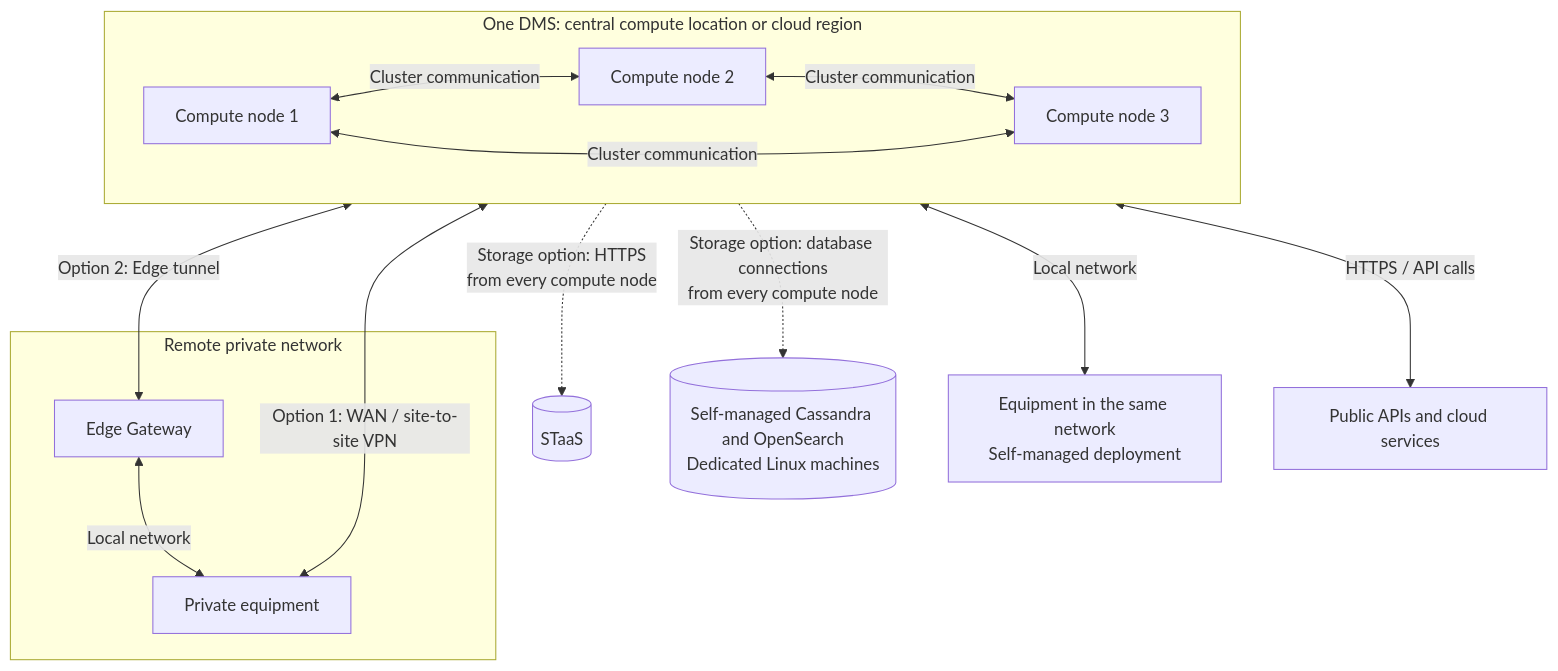
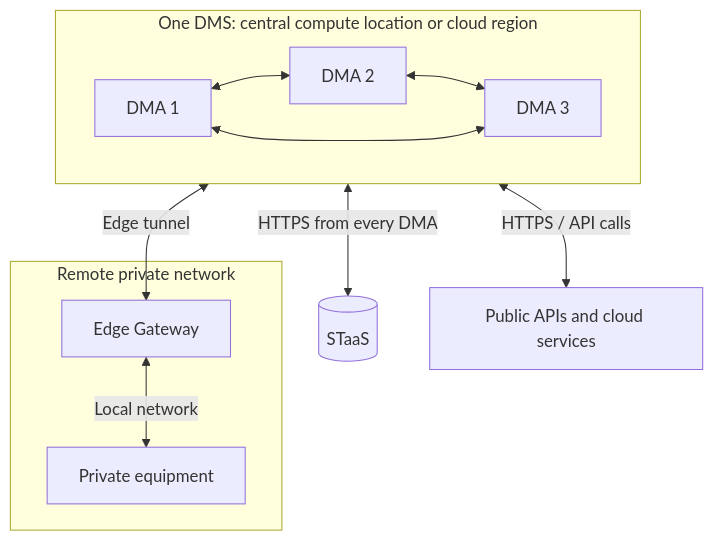
Before and after one commit to SkylineCommunications/dataminer-docs: the first of 2 diagrams in dataminer/About_DataMiner/System_architectures/Topologies/Architecture_centralized_cluster.md, drawn with Mermaid. The commit also changed other lines of this file and 6 other files, not shown here.

First line of the commit message:
Simplify DataMiner topology diagrams

````diff
--- a/dataminer/About_DataMiner/System_architectures/Topologies/Architecture_centralized_cluster.md
+++ b/dataminer/About_DataMiner/System_architectures/Topologies/Architecture_centralized_cluster.md
@@ -31,26 +35,21 @@
 ```mermaid
 flowchart TB
     subgraph DMS["One DMS: central compute location or cloud region"]
-        A["Compute node 1"]
-        B["Compute node 2"]
-        C["Compute node 3"]
-        A <-->|"Cluster communication"| B
-        B <-->|"Cluster communication"| C
-        A <-->|"Cluster communication"| C
+        A["DMA 1"]
+        B["DMA 2"]
+        C["DMA 3"]
+        A <--> B
+        B <--> C
+        A <--> C
     end
     S[("STaaS")]
-    DB[("Self-managed Cassandra and OpenSearch<br/>Dedicated Linux machines")]
-    Local["Equipment in the same network<br/>Self-managed deployment"]
     Public["Public APIs and cloud services"]
     subgraph Remote["Remote private network"]
         G["Edge Gateway"]
         E["Private equipment"]
     end
-    DMS -.->|"Storage option: HTTPS<br/>from every compute node"| S
-    DMS -.->|"Storage option: database connections<br/>from every compute node"| DB
-    DMS <-->|"Local network"| Local
+    DMS <-->|"HTTPS from every DMA"| S
     DMS <-->|"HTTPS / API calls"| Public
-    DMS <-->|"Option 1: WAN / site-to-site VPN"| E
-    DMS <-->|"Option 2: Edge tunnel"| G
+    DMS <-->|"Edge tunnel"| G
     G <-->|"Local network"| E
 ```
````
